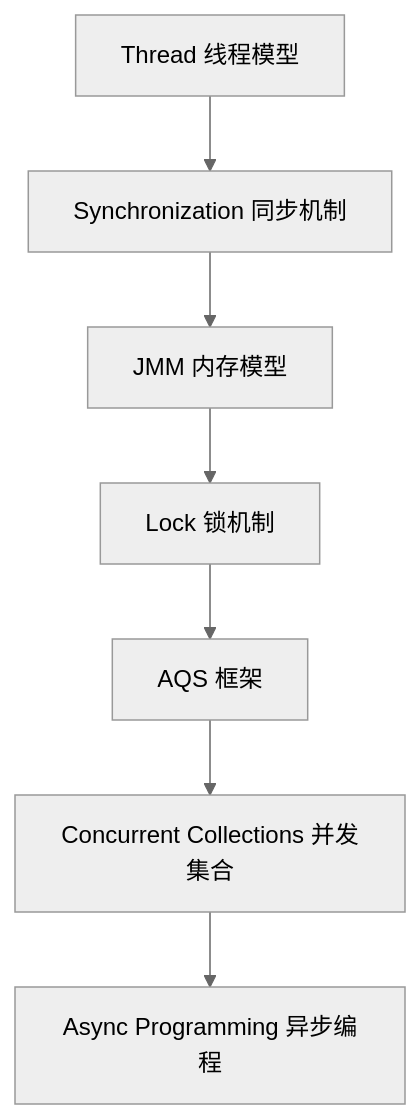
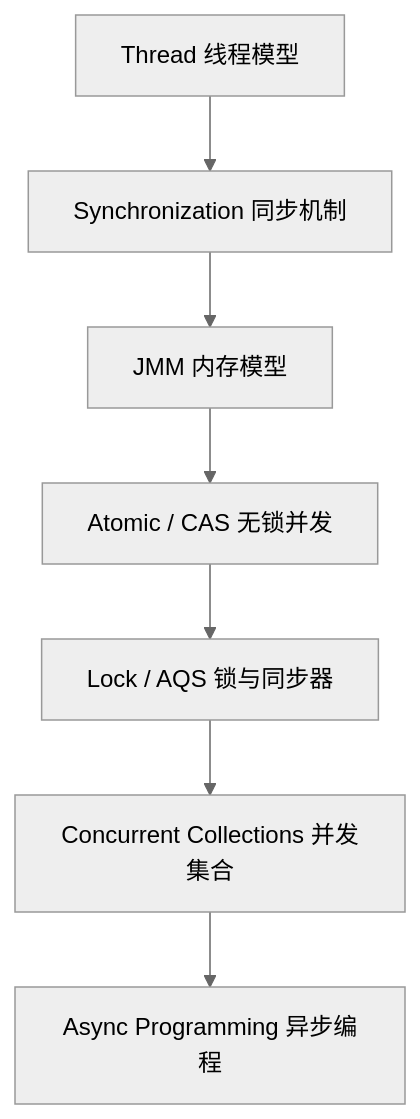
One commit to b1tzer/java-world changed the first of 2 diagrams in outline/java-concurrency-outline.md. Above: the diagram before and after it, drawn with Mermaid (neutral theme). The commit also changed other lines of this file and 2 other files, not shown here.

Commit message:
docs: 调整文档排版并优化并发大纲顺序为JMM→CAS→AQS

````diff
--- a/outline/java-concurrency-outline.md
+++ b/outline/java-concurrency-outline.md
@@ -42,9 +42,9 @@
 ```mermaid
 flowchart TB
   Thread["Thread 线程模型"] --> Sync["Synchronization 同步机制"]
   Sync --> JMM["JMM 内存模型"]
-  JMM --> Lock["Lock 锁机制"]
-  Lock --> AQS["AQS 框架"]
-  AQS --> Collections["Concurrent Collections 并发集合"]
+  JMM --> Atomic["Atomic / CAS 无锁并发"]
+  Atomic --> Lock["Lock / AQS 锁与同步器"]
+  Lock --> Collections["Concurrent Collections 并发集合"]
   Collections --> Async["Async Programming 异步编程"]
 ```
````
